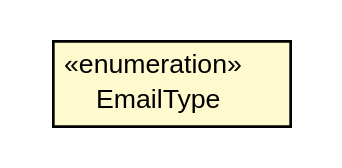
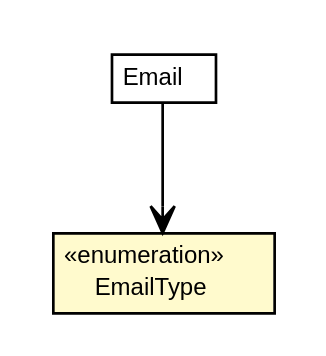
One commit to ericpinet/ConnectLife changed the diagram in javadoc/clapi/com/clapi/data/Email.EmailType.dot. Above: the diagram before and after it, drawn with Graphviz. The commit also changed 432 other files, not shown here.

```diff
--- a/javadoc/clapi/com/clapi/data/Email.EmailType.dot
+++ b/javadoc/clapi/com/clapi/data/Email.EmailType.dot
@@ -1,19 +1,27 @@
 #!/usr/local/bin/dot
 #
 # Class diagram 
 # Generated by UMLGraph version 5.1 (http://www.umlgraph.org/)
 #
 
 digraph G {
 	edge [fontname="Helvetica",fontsize=10,labelfontname="Helvetica",labelfontsize=10];
 	node [fontname="Helvetica",fontsize=10,shape=plaintext];
 	nodesep=0.25;
 	ranksep=0.5;
+	// com.clapi.data.Email
+	c462 [label=<<table title="com.clapi.data.Email" border="0" cellborder="1" cellspacing="0" cellpadding="2" port="p" href="./Email.html">
+		<tr><td><table border="0" cellspacing="0" cellpadding="1">
+<tr><td align="center" balign="center"> Email </td></tr>
+		</table></td></tr>
+		</table>>, fontname="Helvetica", fontcolor="black", fontsize=9.0];
 	// com.clapi.data.Email.EmailType
-	c457 [label=<<table title="com.clapi.data.Email.EmailType" border="0" cellborder="1" cellspacing="0" cellpadding="2" port="p" bgcolor="lemonChiffon" href="./Email.EmailType.html">
+	c463 [label=<<table title="com.clapi.data.Email.EmailType" border="0" cellborder="1" cellspacing="0" cellpadding="2" port="p" bgcolor="lemonChiffon" href="./Email.EmailType.html">
 		<tr><td><table border="0" cellspacing="0" cellpadding="1">
 <tr><td align="center" balign="center"> &#171;enumeration&#187; </td></tr>
 <tr><td align="center" balign="center"> EmailType </td></tr>
 		</table></td></tr>
-		</table>>, fontname="Helvetica", fontcolor="black", fontsize=10.0];
+		</table>>, fontname="Helvetica", fontcolor="black", fontsize=9.0];
+	// com.clapi.data.Email NAVASSOC com.clapi.data.Email.EmailType
+	c462:p -> c463:p [taillabel="", label="", headlabel="", fontname="Helvetica", fontcolor="black", fontsize=10.0, color="black", arrowhead=open];
 }
```
